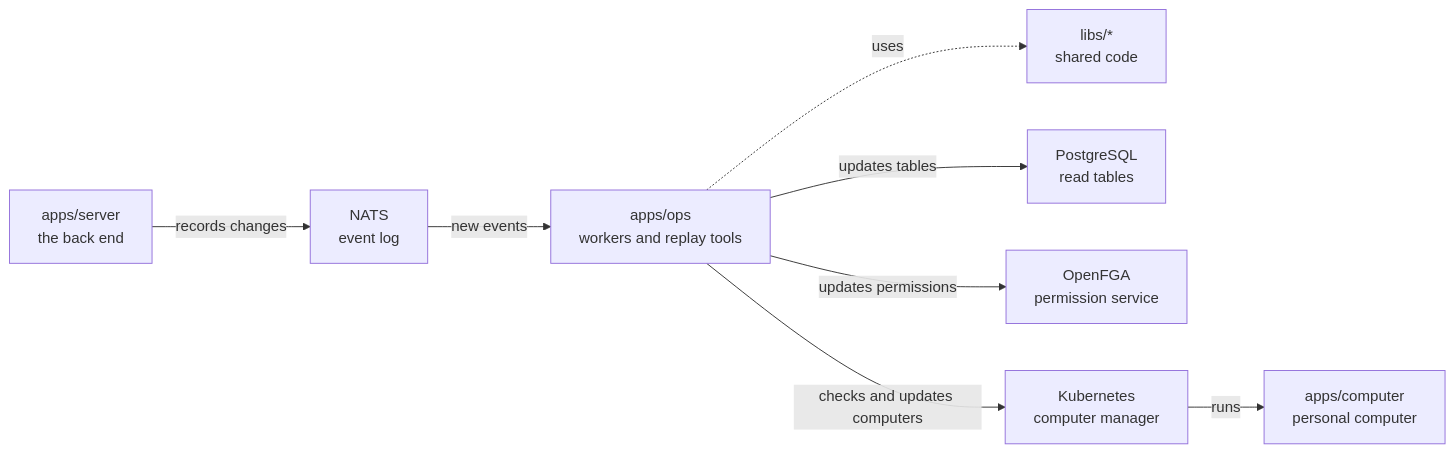
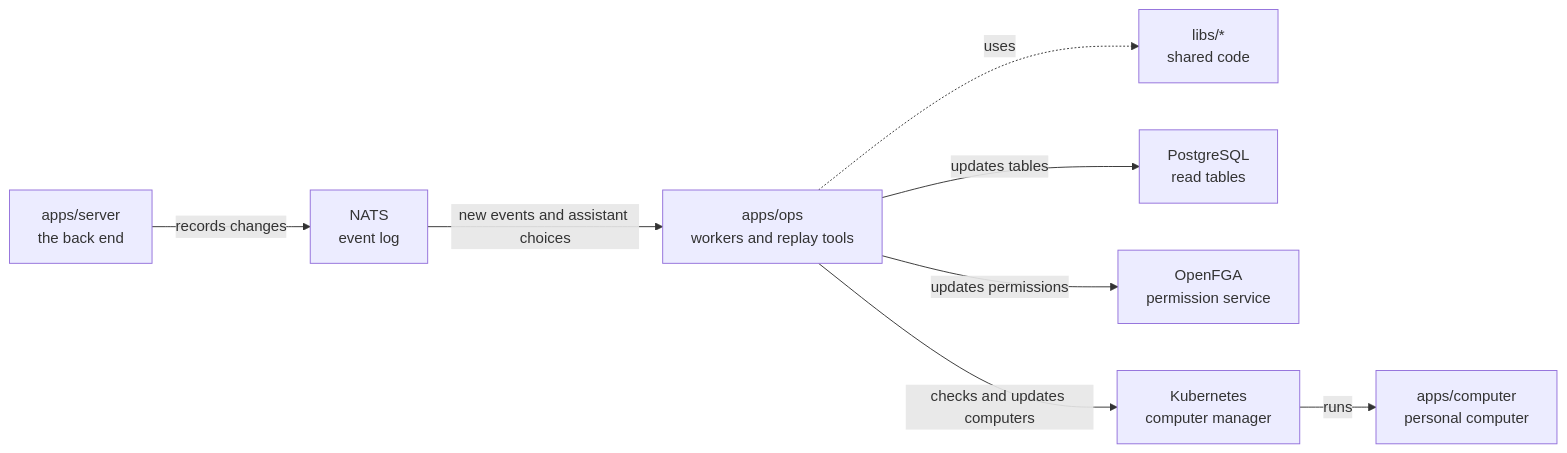
One commit to elewa-git/opencrane-new changed the diagram in apps/ops/README.md. Above: the diagram before and after it, drawn with Mermaid. The commit also changed other lines of this file and 18 other files, not shown here.

````diff
--- a/apps/ops/README.md
+++ b/apps/ops/README.md
@@ -11,10 +11,10 @@
 ```mermaid
 flowchart LR
   server["apps/server<br/>the back end"] -->|records changes| nats["NATS<br/>event log"]
-  nats -->|new events| ops["apps/ops<br/>workers and replay tools"]
+  nats -->|new events and assistant choices| ops["apps/ops<br/>workers and replay tools"]
   ops -.->|uses| libs["libs/*<br/>shared code"]
   ops -->|updates tables| postgres["PostgreSQL<br/>read tables"]
   ops -->|updates permissions| fga["OpenFGA<br/>permission service"]
   ops -->|checks and updates computers| kube["Kubernetes<br/>computer manager"]
   kube -->|runs| computer["apps/computer<br/>personal computer"]
 ```
````
